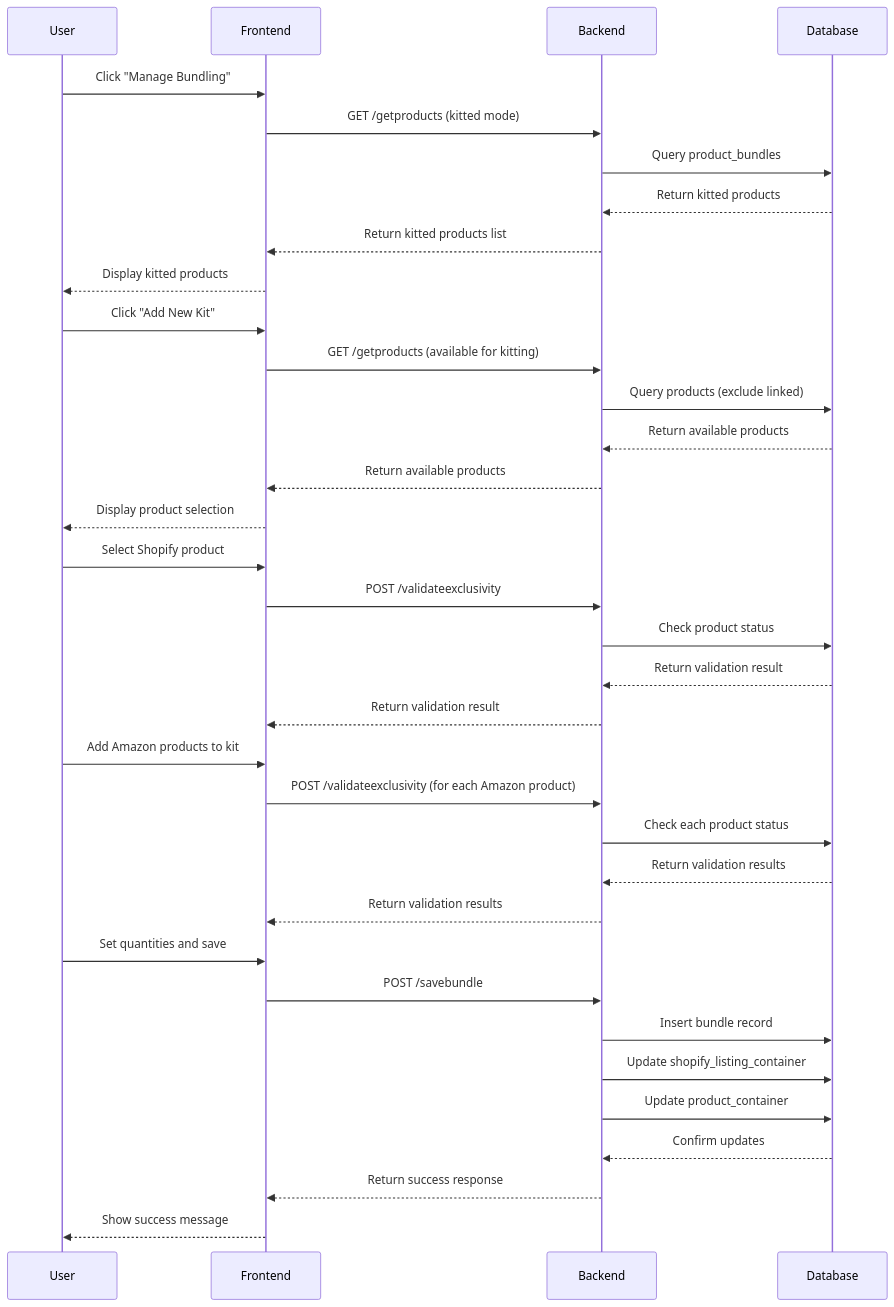
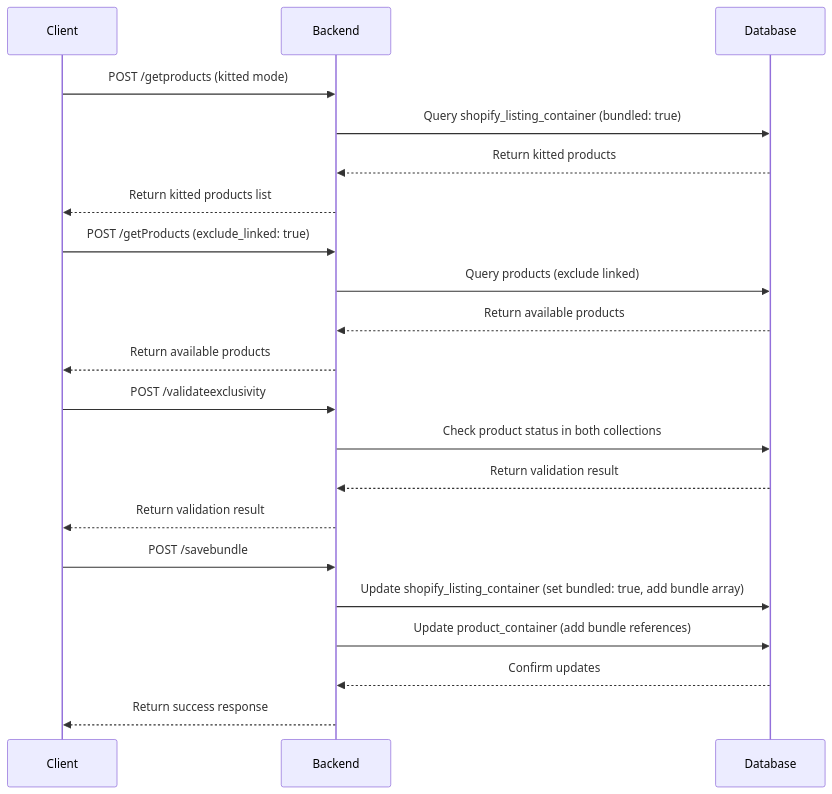
Before and after one commit to agautam3c/KITTING_FUNCTIONALITY_DOCUMENTATION: the first of 3 diagrams in README.md, drawn with Mermaid. The commit also changed other lines of this file, not shown here.

````diff
--- a/README.md
+++ b/README.md
@@ -262,42 +278,27 @@
 ```mermaid
 sequenceDiagram
-    participant U as User
-    participant F as Frontend
+    participant C as Client
     participant B as Backend
     participant D as Database
 
-    U->>F: Click "Manage Bundling"
-    F->>B: GET /getproducts (kitted mode)
-    B->>D: Query product_bundles
+    C->>B: POST /getproducts (kitted mode)
+    B->>D: Query shopify_listing_container (bundled: true)
     D-->>B: Return kitted products
-    B-->>F: Return kitted products list
-    F-->>U: Display kitted products
+    B-->>C: Return kitted products list
 
-    U->>F: Click "Add New Kit"
-    F->>B: GET /getproducts (available for kitting)
+    C->>B: POST /getProducts (exclude_linked: true)
     B->>D: Query products (exclude linked)
     D-->>B: Return available products
-    B-->>F: Return available products
-    F-->>U: Display product selection
+    B-->>C: Return available products
 
-    U->>F: Select Shopify product
-    F->>B: POST /validateexclusivity
-    B->>D: Check product status
+    C->>B: POST /validateexclusivity
+    B->>D: Check product status in both collections
     D-->>B: Return validation result
-    B-->>F: Return validation result
+    B-->>C: Return validation result
 
-    U->>F: Add Amazon products to kit
-    F->>B: POST /validateexclusivity (for each Amazon product)
-    B->>D: Check each product status
-    D-->>B: Return validation results
-    B-->>F: Return validation results
-
-    U->>F: Set quantities and save
-    F->>B: POST /savebundle
-    B->>D: Insert bundle record
-    B->>D: Update shopify_listing_container
-    B->>D: Update product_container
+    C->>B: POST /savebundle
+    B->>D: Update shopify_listing_container (set bundled: true, add bundle array)
+    B->>D: Update product_container (add bundle references)
     D-->>B: Confirm updates
-    B-->>F: Return success response
-    F-->>U: Show success message
+    B-->>C: Return success response
 ```
````
